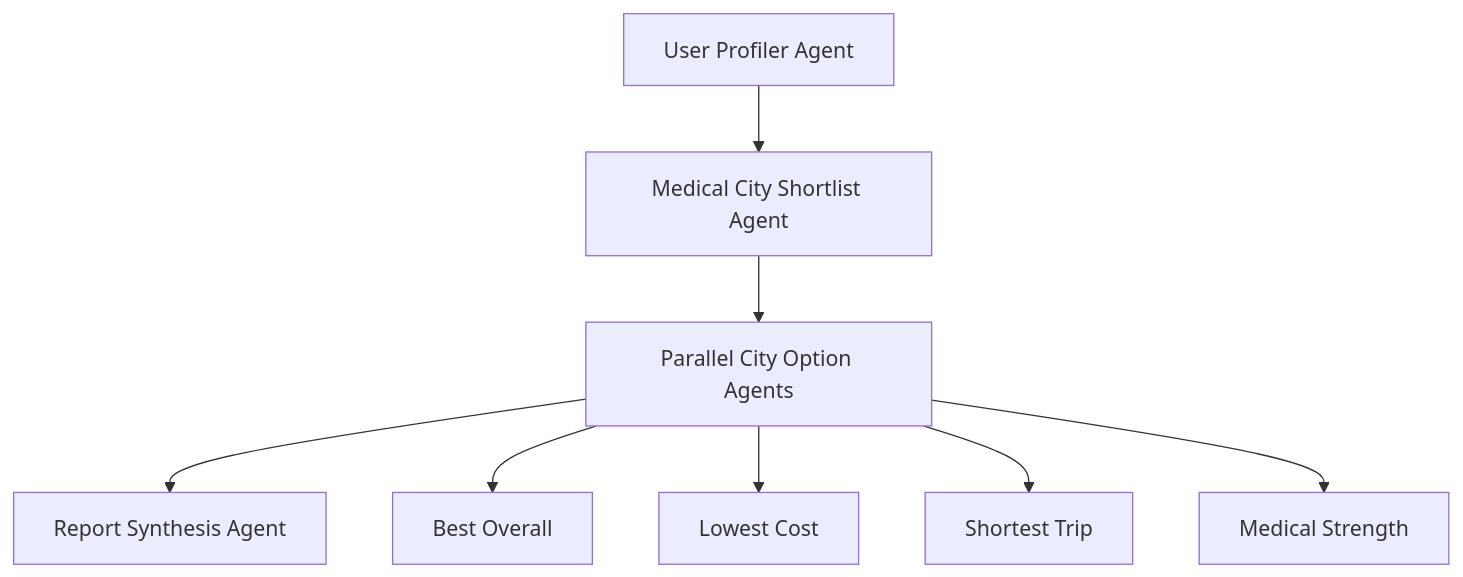
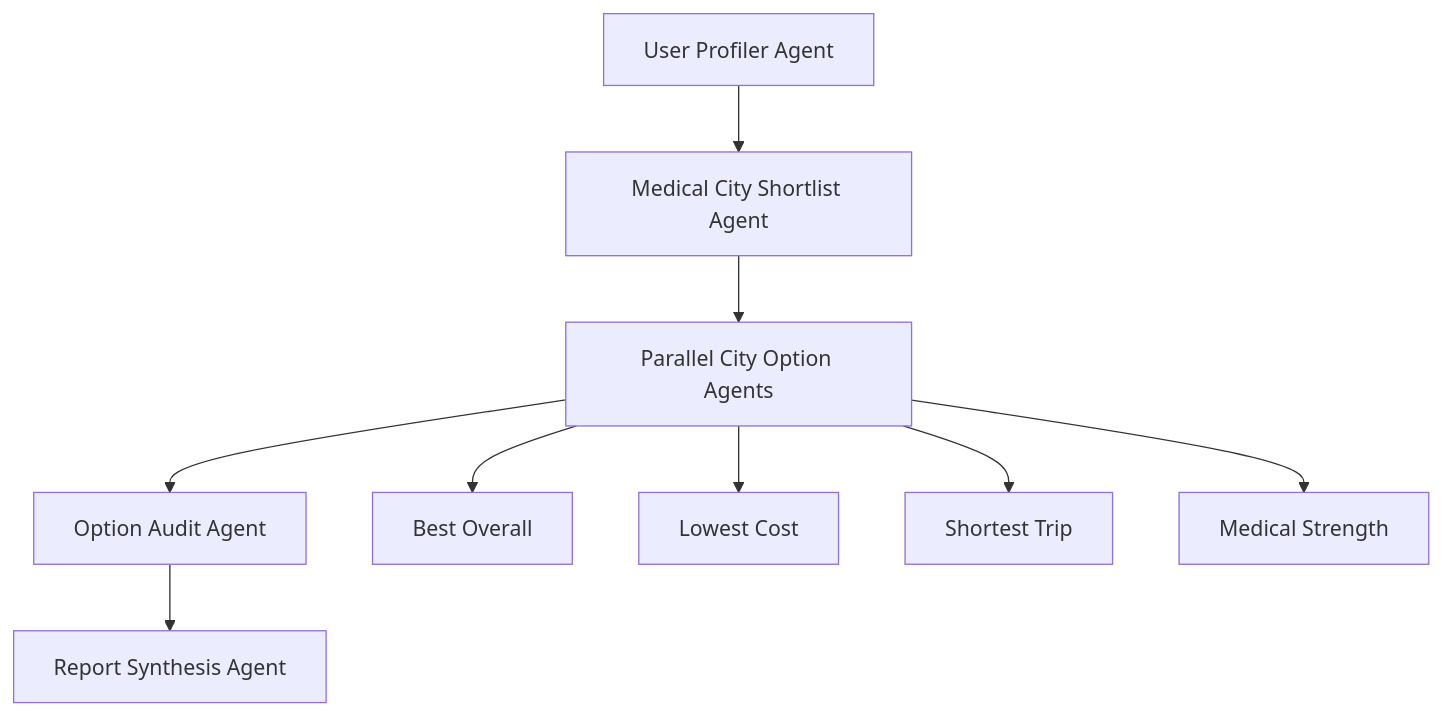
The diagram in medtour_ai/README.md (ZhiHaoSun/ChinaHospitals), drawn with Mermaid before and after one commit. The commit also changed other lines of this file and 9 other files, not shown here.

````diff
--- a/medtour_ai/README.md
+++ b/medtour_ai/README.md
@@ -17,10 +17,11 @@
 ```mermaid
 flowchart TD
   A["User Profiler Agent"] --> B["Medical City Shortlist Agent"]
   B --> C["Parallel City Option Agents"]
-  C --> D["Report Synthesis Agent"]
+  C --> D["Option Audit Agent"]
+  D --> E["Report Synthesis Agent"]
   C --> C1["Best Overall"]
   C --> C2["Lowest Cost"]
   C --> C3["Shortest Trip"]
   C --> C4["Medical Strength"]
 ```
````
